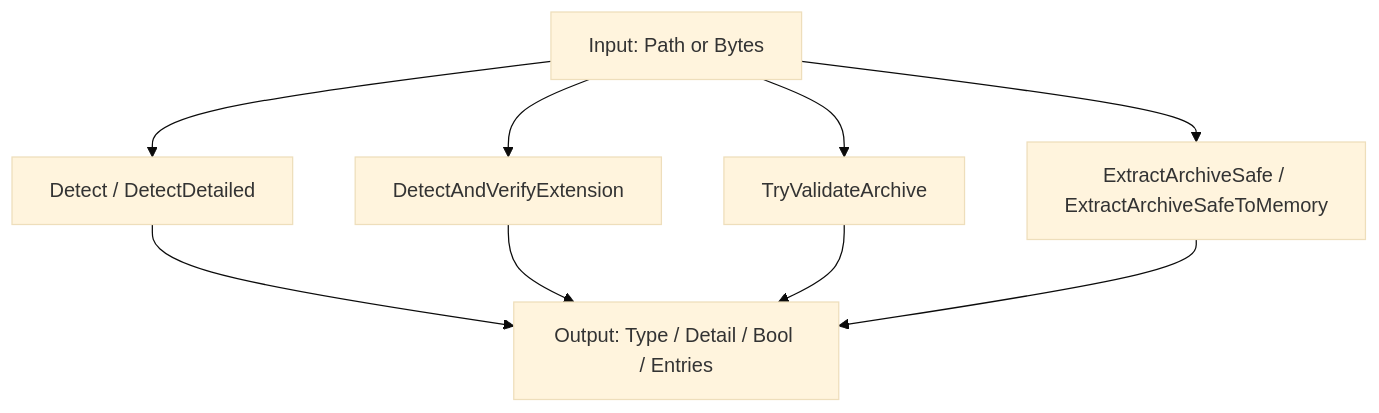
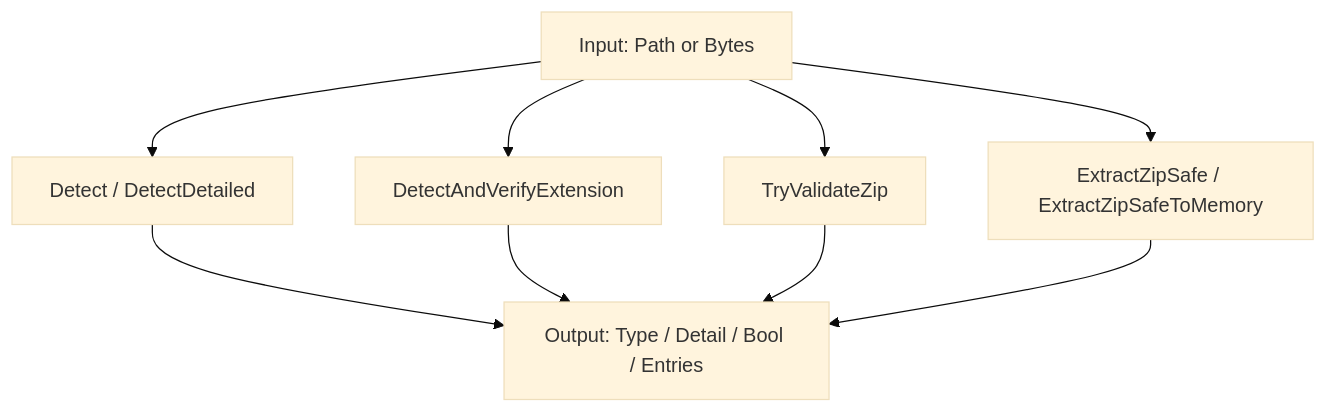
One commit to tomtastisch/FileClassifier changed the first of 4 diagrams in docs/01_FUNCTIONS.md. Above: the diagram before and after it, drawn with Mermaid (base theme). The commit also changed other lines of this file and 80 other files, not shown here.

````diff
--- a/docs/01_FUNCTIONS.md
+++ b/docs/01_FUNCTIONS.md
@@ -84,14 +57,14 @@
 ```mermaid
 flowchart TD
     I0["Input: Path or Bytes"]
     D1["Detect / DetectDetailed"]
     D2["DetectAndVerifyExtension"]
-    V1["TryValidateArchive"]
-    X1["ExtractArchiveSafe / ExtractArchiveSafeToMemory"]
+    V1["TryValidateZip"]
+    X1["ExtractZipSafe / ExtractZipSafeToMemory"]
     O0["Output: Type / Detail / Bool / Entries"]
 
     I0 --> D1 --> O0
     I0 --> D2 --> O0
     I0 --> V1 --> O0
     I0 --> X1 --> O0
 ```
````
